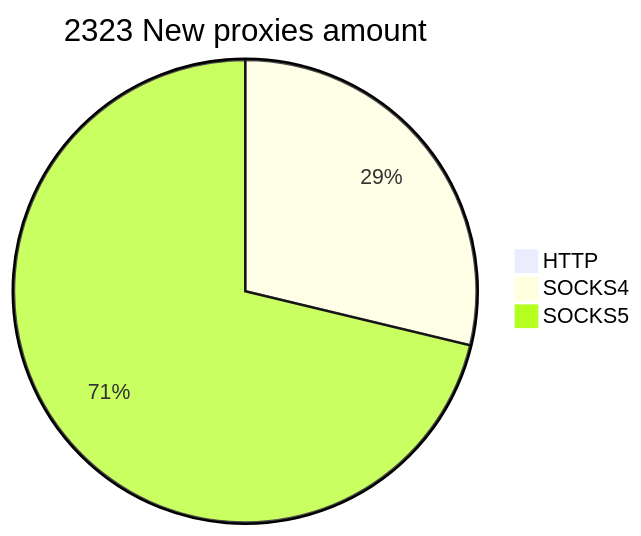
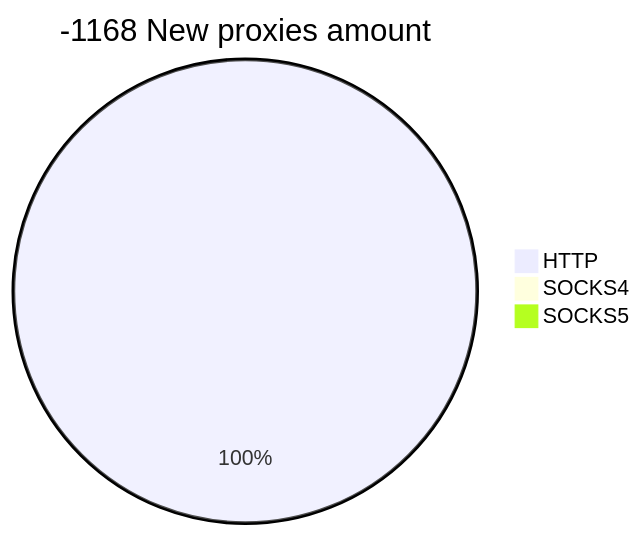
Before and after one commit to cutipu/proxylist: the second of 2 diagrams in README.md, drawn with Mermaid. The commit also changed other lines of this file, not shown here.

````diff
--- a/README.md
+++ b/README.md
@@ -10,6 +10,6 @@
 ```mermaid
-pie title 2323 New proxies amount
-    "HTTP" : 0
-    "SOCKS4" : 668
-    "SOCKS5" : 1655
+pie title -1168 New proxies amount
+    "HTTP" : 23
+    "SOCKS4" : 0
+    "SOCKS5" : 0
 ```
````
